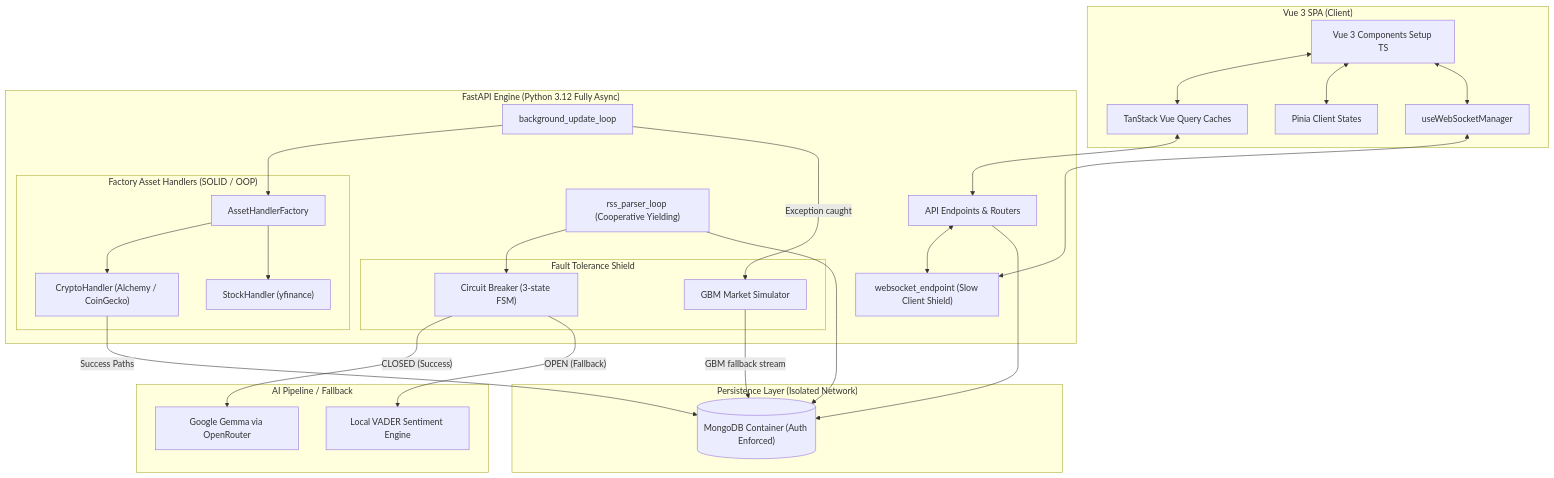
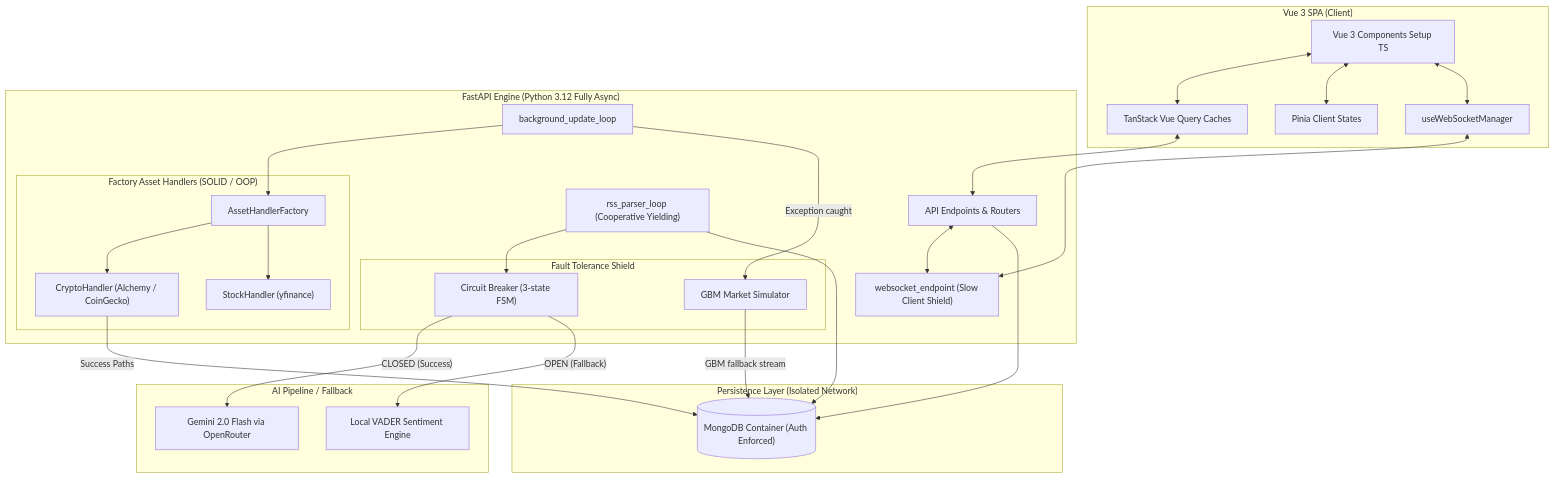
The diagram in README.md (AlexKrivokorytov/Crypto-Market_Sentiment_Analyzer.), drawn with Mermaid before and after one commit. The commit also changed other lines of this file and 6 other files, not shown here.

Commit message:
feat: complete UI rewrite, docker env, and OpenRouter config

````diff
--- a/README.md
+++ b/README.md
@@ -39,46 +39,46 @@
 ```mermaid
 graph TD
     subgraph Frontend["Vue 3 SPA (Client)"]
         V["Vue 3 Components Setup TS"] <--> PQ["TanStack Vue Query Caches"]
         V <--> P["Pinia Client States"]
         V <--> WS_C["useWebSocketManager"]
     end
 
     subgraph Backend["FastAPI Engine (Python 3.12 Fully Async)"]
         E["API Endpoints & Routers"] <--> WS_S["websocket_endpoint (Slow Client Shield)"]
         BUL["background_update_loop"]
         Parser["rss_parser_loop (Cooperative Yielding)"]
         
         subgraph Handlers["Factory Asset Handlers (SOLID / OOP)"]
             F["AssetHandlerFactory"]
             F --> CH["CryptoHandler (Alchemy / CoinGecko)"]
             F --> SH["StockHandler (yfinance)"]
         end
         
         subgraph Reliability["Fault Tolerance Shield"]
             CB["Circuit Breaker (3-state FSM)"]
             SIM["GBM Market Simulator"]
         end
     end
 
     subgraph AI["AI Pipeline / Fallback"]
-        LLM_API["Google Gemma via OpenRouter"]
+        LLM_API["Gemini 2.0 Flash via OpenRouter"]
         Vader["Local VADER Sentiment Engine"]
     end
 
     subgraph Database["Persistence Layer (Isolated Network)"]
         DB[("MongoDB Container (Auth Enforced)")]
     end
 
     PQ <--> E
     WS_C <--> WS_S
     BUL --> F
     CH -- "Success Paths" --> DB
     BUL -- "Exception caught" --> SIM
     SIM -- "GBM fallback stream" --> DB
     Parser --> CB
     CB -- "CLOSED (Success)" --> LLM_API
     CB -- "OPEN (Fallback)" --> Vader
     Parser --> DB
     E --> DB
 ```
````
